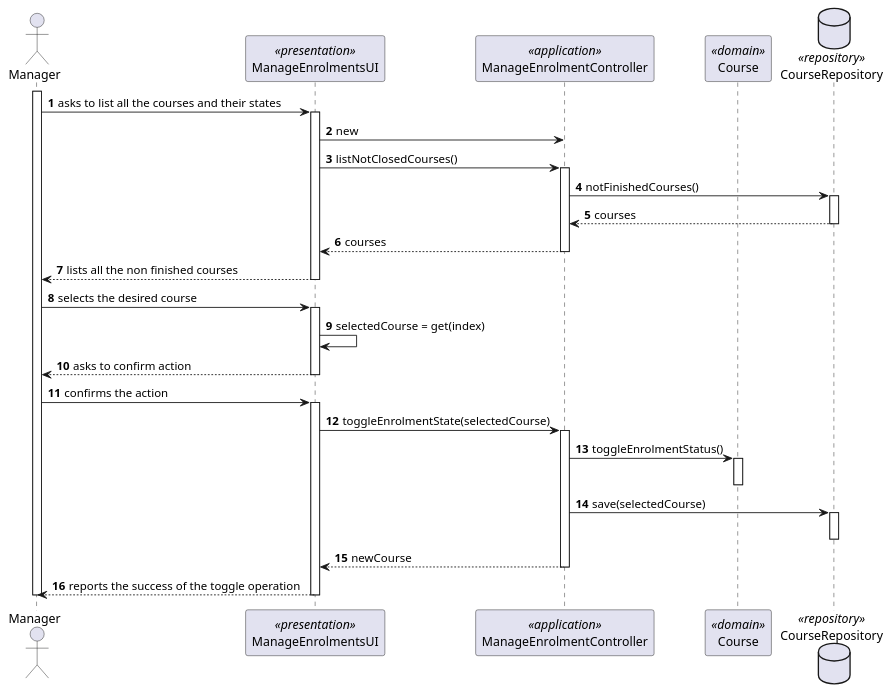
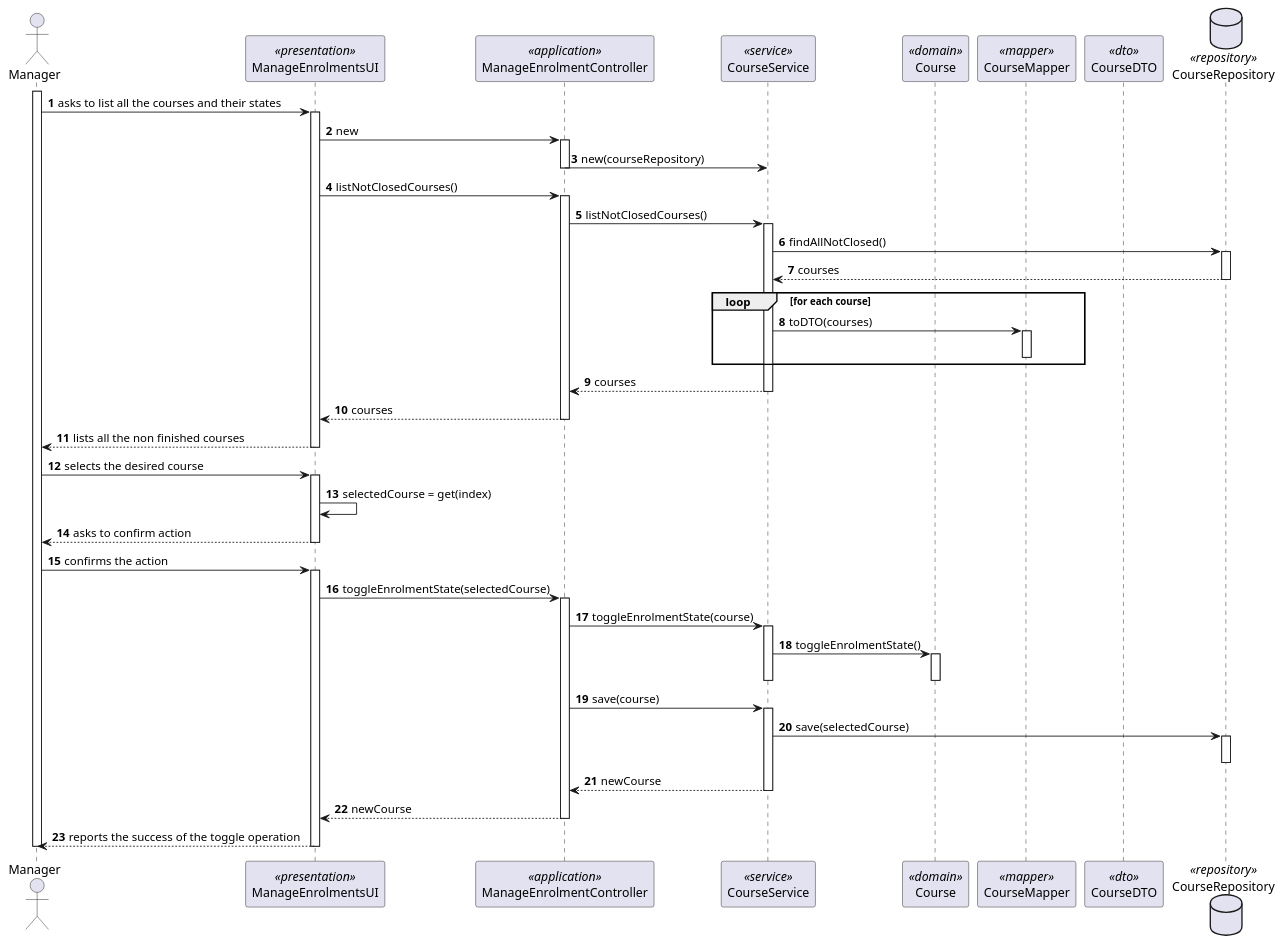
The diagram in docs/sprint-b/us09-1003/US1003_SD.puml (miseEnPlace-dev/lapr4), drawn with PlantUML before and after one commit. The commit also changed 10 other files, not shown here.

```diff
--- a/docs/sprint-b/us09-1003/US1003_SD.puml
+++ b/docs/sprint-b/us09-1003/US1003_SD.puml
@@ -1,52 +1,77 @@
 @startuml US1003_SD
 autonumber
 
 actor "Manager" as M
 participant "ManageEnrolmentsUI" as UI <<presentation>>
 participant "ManageEnrolmentController" as CTRL <<application>>
+participant "CourseService" as SRV <<service>>
 participant "Course" as C <<domain>>
+participant "CourseMapper" as MAP <<mapper>>
+participant "CourseDTO" as DTO <<dto>>
 
 database CourseRepository as REP <<repository>>
 
 activate M
 
 M -> UI : asks to list all the courses and their states
 activate UI
 
 UI -> CTRL : new
+activate CTRL
+CTRL -> SRV : new(courseRepository)
+deactivate CTRL
+
 UI -> CTRL : listNotClosedCourses()
 activate CTRL
-CTRL -> REP : notFinishedCourses()
+CTRL -> SRV : listNotClosedCourses()
+activate SRV
+SRV -> REP : findAllNotClosed()
 activate REP
-REP --> CTRL : courses
+REP --> SRV : courses
 deactivate REP
+
+loop for each course
+  SRV -> MAP : toDTO(courses)
+  activate MAP
+  deactivate MAP
+end loop
+
+SRV --> CTRL : courses
+deactivate SRV
 CTRL --> UI : courses
 deactivate CTRL
 
 UI --> M : lists all the non finished courses
 deactivate UI
 
 M -> UI : selects the desired course
 activate UI
 UI -> UI : selectedCourse = get(index)
 UI --> M : asks to confirm action
 deactivate UI
 
 M -> UI : confirms the action
 activate UI
-UI->CTRL : toggleEnrolmentState(selectedCourse)
+UI -> CTRL : toggleEnrolmentState(selectedCourse)
 activate CTRL
-CTRL -> C : toggleEnrolmentStatus()
+CTRL -> SRV : toggleEnrolmentState(course)
+activate SRV
+SRV -> C : toggleEnrolmentState()
 activate C
 deactivate C
-CTRL -> REP : save(selectedCourse)
+deactivate SRV
+CTRL -> SRV : save(course)
+activate SRV
+SRV -> REP : save(selectedCourse)
 activate REP
 deactivate REP
+SRV --> CTRL : newCourse
+deactivate SRV
 CTRL --> UI : newCourse
 deactivate CTRL
 UI--> M : reports the success of the toggle operation
 deactivate UI
 
 deactivate M
 
 @enduml
```
